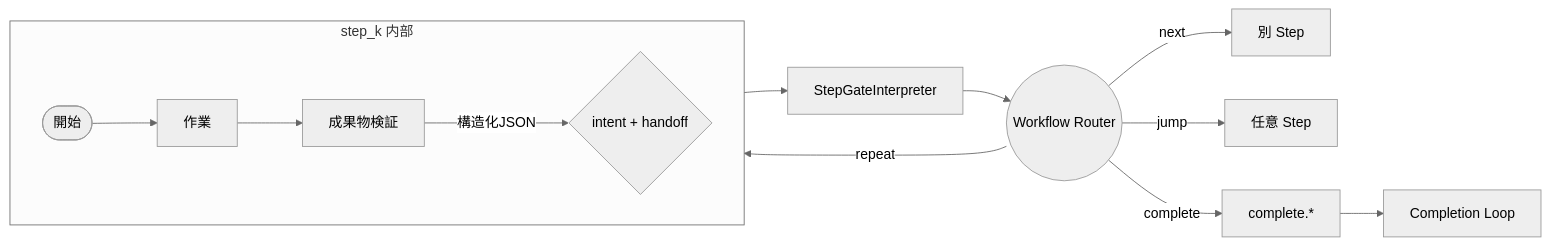
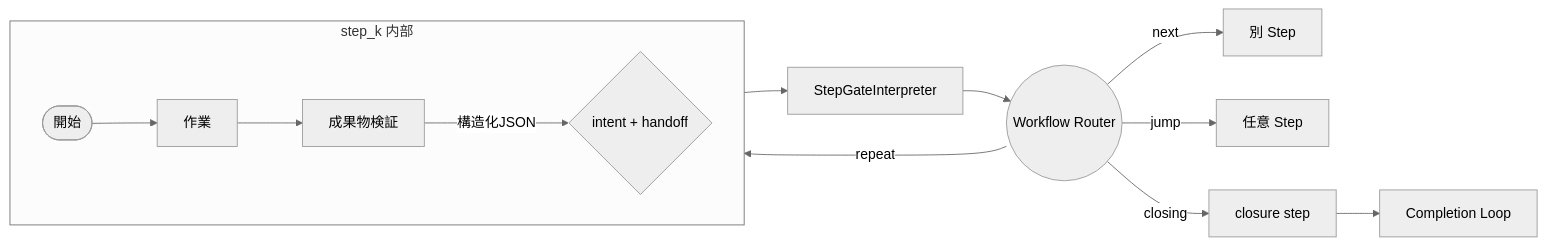
One commit to tettuan/climpt changed the sixth of 11 diagrams in agents/docs/design/08_step_flow_design.md. Above: the diagram before and after it, drawn with Mermaid (neutral theme). The commit also changed other lines of this file, not shown here.

First line of the commit message:
docs(agents): rename complete to closure terminology in step flow design

````diff
--- a/agents/docs/design/08_step_flow_design.md
+++ b/agents/docs/design/08_step_flow_design.md
@@ -94,17 +122,17 @@
 ```mermaid
 flowchart LR
   subgraph StepLoop[step_k 内部]
     direction LR
     Begin([開始]) --> Work[作業]
     Work --> Check[成果物検証]
     Check -->|構造化JSON| Decide{intent + handoff}
   end
 
   Decide --> Gate
   Gate[StepGateInterpreter] --> Router((Workflow Router))
   Router -->|next| NextStep[別 Step]
   Router -->|repeat| Begin
   Router -->|jump| JumpStep[任意 Step]
-  Router -->|complete| CompleteStep[complete.*]
-  CompleteStep --> Completion[Completion Loop]
+  Router -->|closing| ClosureStep[closure step]
+  ClosureStep --> Completion[Completion Loop]
 ```
````
